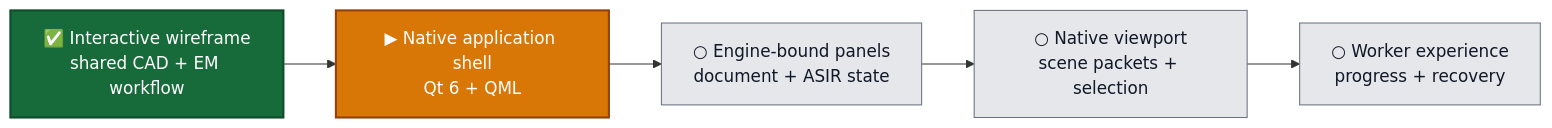
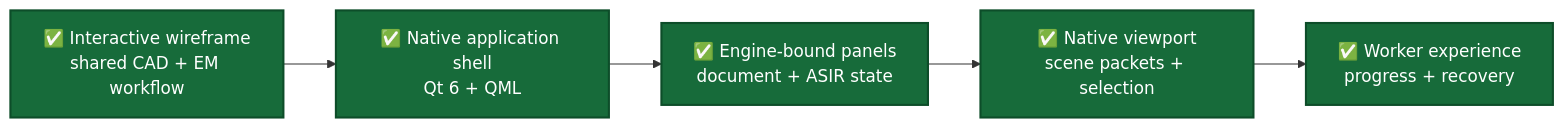
The fourth of 6 diagrams in docs/DEVELOPMENT_STORYBOARD.md (TJ-Engineer/EMS-Studio), drawn with Mermaid before and after one commit. The commit also changed other lines of this file and 100 other files, not shown here.

````diff
--- a/docs/DEVELOPMENT_STORYBOARD.md
+++ b/docs/DEVELOPMENT_STORYBOARD.md
@@ -130,17 +130,15 @@
 ```mermaid
 flowchart LR
     W["✅ Interactive wireframe<br/>shared CAD + EM workflow"]
-    Q["▶ Native application shell<br/>Qt 6 + QML"]
-    B["○ Engine-bound panels<br/>document + ASIR state"]
-    V["○ Native viewport<br/>scene packets + selection"]
-    J["○ Worker experience<br/>progress + recovery"]
+    Q["✅ Native application shell<br/>Qt 6 + QML"]
+    B["✅ Engine-bound panels<br/>document + ASIR state"]
+    V["✅ Native viewport<br/>scene packets + selection"]
+    J["✅ Worker experience<br/>progress + recovery"]
 
     W --> Q --> B --> V --> J
 
     classDef done fill:#176b3a,color:#ffffff,stroke:#0d4d29,stroke-width:2px;
     classDef active fill:#d97706,color:#ffffff,stroke:#92400e,stroke-width:2px;
     classDef planned fill:#e5e7eb,color:#111827,stroke:#6b7280,stroke-width:1px;
-    class W done;
-    class Q active;
-    class B,V,J planned;
+    class W,Q,B,V,J done;
 ```
````
